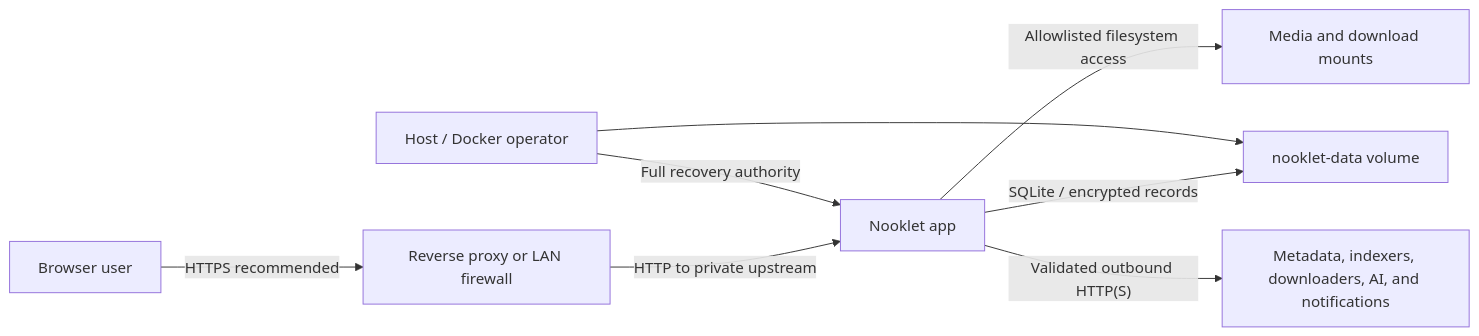
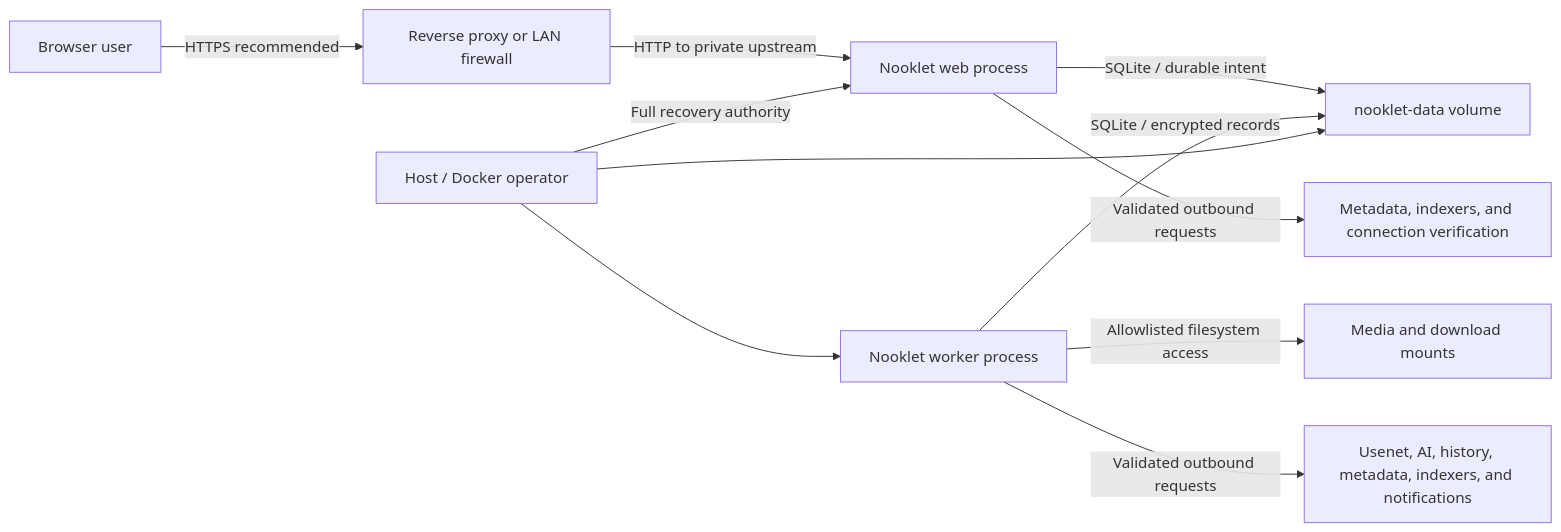
Before and after one commit to TannerMidd/Nooklet: the diagram in docs/wiki/Security-Model.md, drawn with Mermaid. The commit also changed other lines of this file and 351 other files, not shown here.

````diff
--- a/docs/wiki/Security-Model.md
+++ b/docs/wiki/Security-Model.md
@@ -7,10 +7,13 @@
 ```mermaid
 flowchart LR
     U["Browser user"] -->|"HTTPS recommended"| P["Reverse proxy or LAN firewall"]
-    P -->|"HTTP to private upstream"| A["Nooklet app"]
-    A -->|"SQLite / encrypted records"| D["nooklet-data volume"]
-    A -->|"Allowlisted filesystem access"| M["Media and download mounts"]
-    A -->|"Validated outbound HTTP(S)"| S["Metadata, indexers, downloaders, AI, and notifications"]
+    P -->|"HTTP to private upstream"| A["Nooklet web process"]
+    A -->|"SQLite / durable intent"| D["nooklet-data volume"]
+    W["Nooklet worker process"] -->|"SQLite / encrypted records"| D
+    W -->|"Allowlisted filesystem access"| M["Media and download mounts"]
+    A -->|"Validated outbound requests"| S["Metadata, indexers, and connection verification"]
+    W -->|"Validated outbound requests"| X["Usenet, AI, history, metadata, indexers, and notifications"]
     O["Host / Docker operator"] -->|"Full recovery authority"| A
+    O --> W
     O --> D
 ```
````
